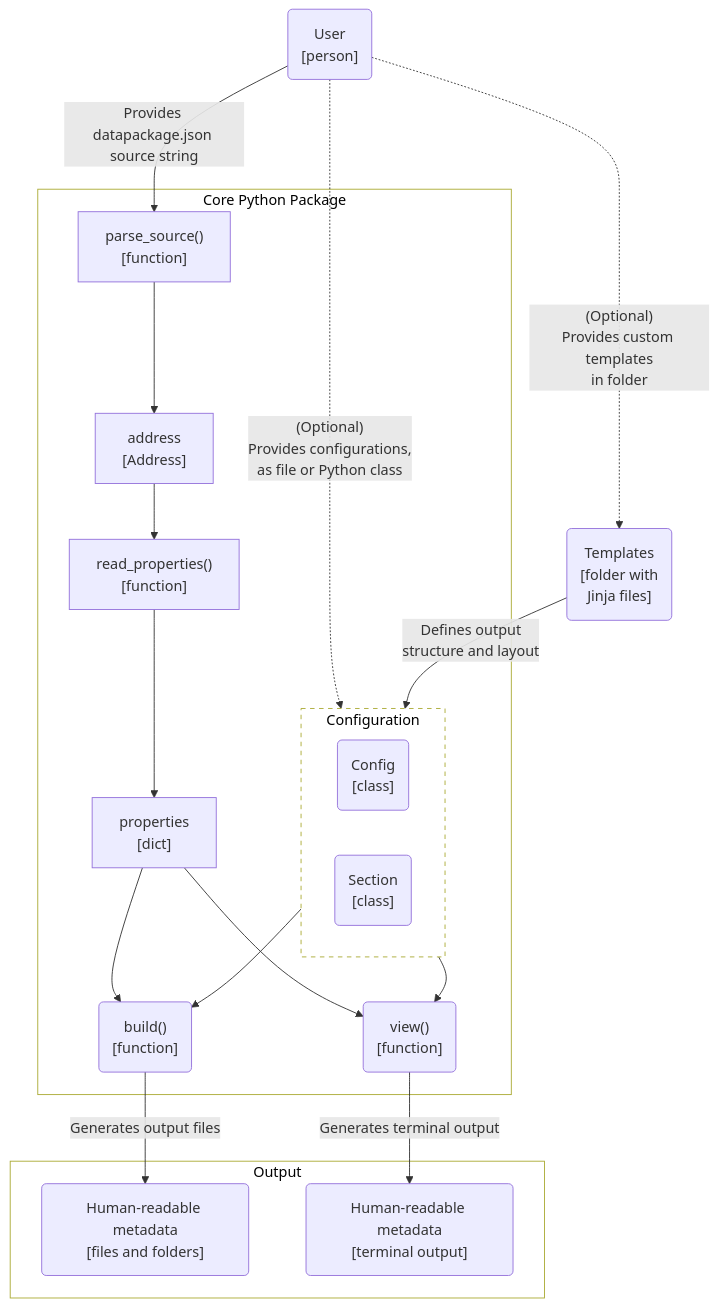
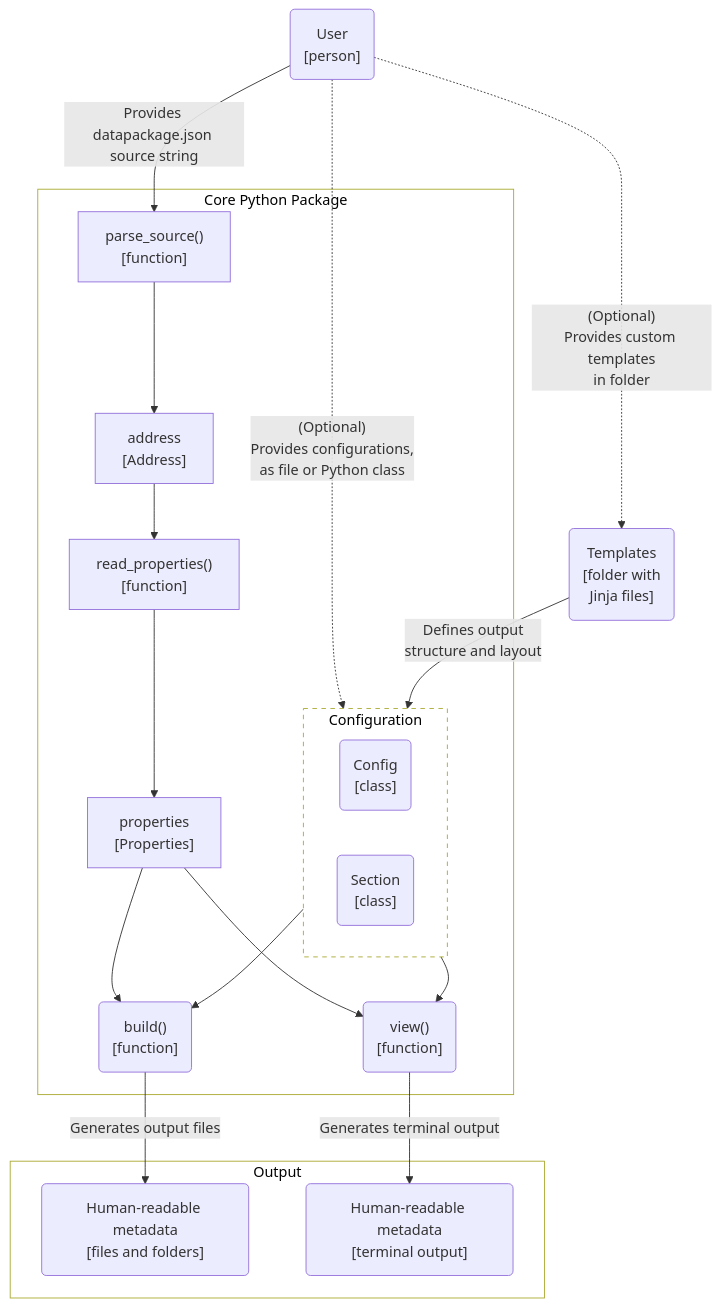
One commit to seedcase-project/seedcase-flower changed the third of 3 diagrams in docs/design/architecture.qmd. Above: the diagram before and after it, drawn with Mermaid. The commit also changed other lines of this file and 2 other files, not shown here.

First line of the commit message:
docs: 📝 use more descriptive properties class naming (#294)

````diff
--- a/docs/design/architecture.qmd
+++ b/docs/design/architecture.qmd
@@ -217,42 +215,42 @@
 ```{mermaid}
 %%| label: fig-c4-component
 %%| fig-cap: "C4 component diagram showing the main functions and classes within the Python package and their connections."
 flowchart TD
 
     subgraph package["Core Python Package"]
 
         subgraph cfg["Configuration"]
             config("Config<br>[class]")
             section("Section<br>[class]")
         end
 
         parse_source["parse_source()<br>[function]"]
         address["address<br>[Address]"]
         read_properties["read_properties()<br>[function]"]
-        properties["properties<br>[dict]"]
+        properties["properties<br>[Properties]"]
         build("build()<br>[function]")
         view("view()<br>[function]")
 
         parse_source --> address --> read_properties --> properties --> build & view
         cfg --> build & view
     end
 
     user("User<br>[person]")
     templates("Templates<br>[folder with<br>Jinja files]")
     subgraph output["Output"]
         output_files("Human-readable metadata<br>[files and folders]")
         output_screen("Human-readable metadata<br>[terminal output]")
     end
 
     user --"Provides datapackage.json <br>source string"--> parse_source
     user -."(Optional)<br>Provides configurations,<br>as file or Python class".-> cfg
     user -."(Optional)<br>Provides custom templates<br>in folder".-> templates
     templates --"Defines output<br>structure and layout"--> cfg
     build --"Generates output files"--> output_files
     view --"Generates terminal output"--> output_screen
 
     %% Styling
     style package fill:#FFFFFF, color:#000000
     style output fill:#FFFFFF, color:#000000
     style cfg fill:#FFFFFF, color:#000000, stroke-dasharray: 5 5
 ```
````
